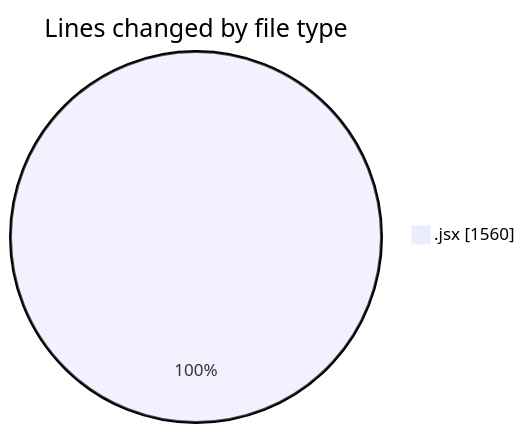
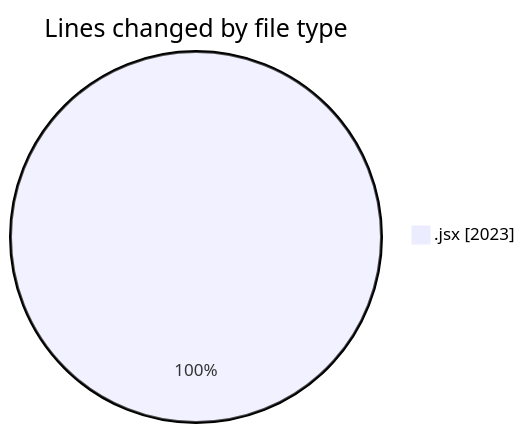
Before and after one commit to nxtqubesakshisongat/code-tracking: the first of 2 diagrams in 2025-12-30/nxtqube_webapp/README.md, drawn with Mermaid. The commit also changed other lines of this file and 1 other file, not shown here.

````diff
--- a/2025-12-30/nxtqube_webapp/README.md
+++ b/2025-12-30/nxtqube_webapp/README.md
@@ -20,5 +21,5 @@
 ```mermaid
 pie showData
 title Lines changed by file type
-".jsx" : 1560
+".jsx" : 2023
 ```
````
